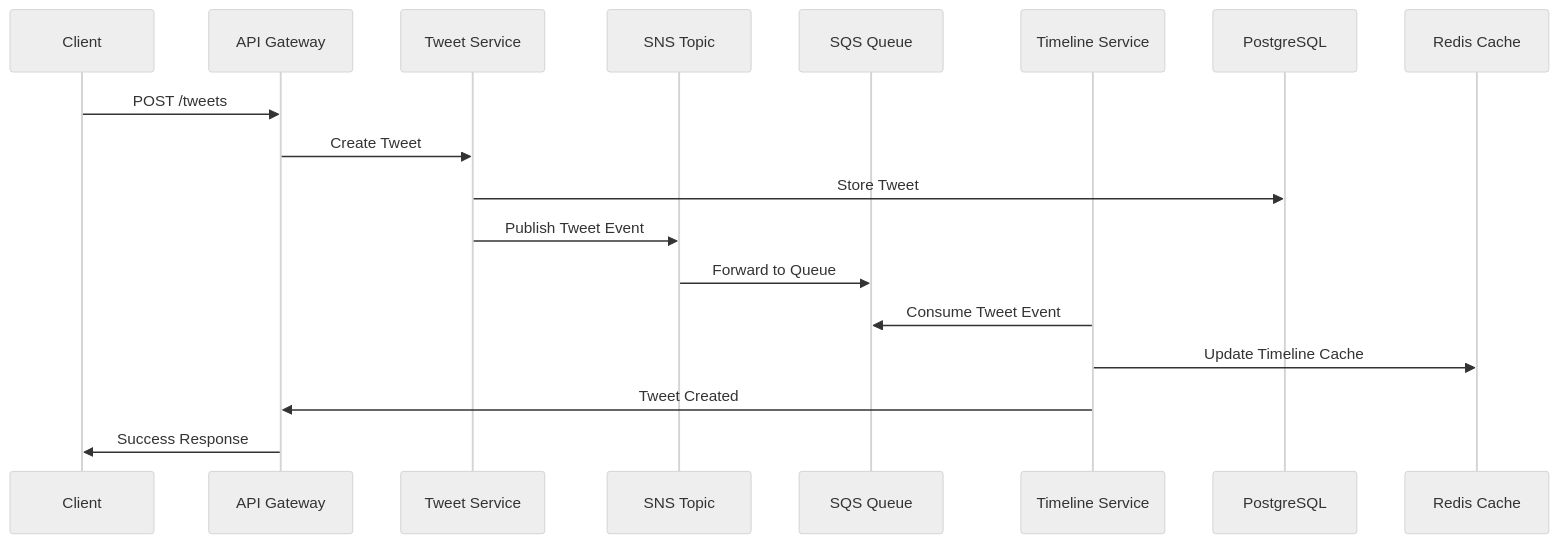
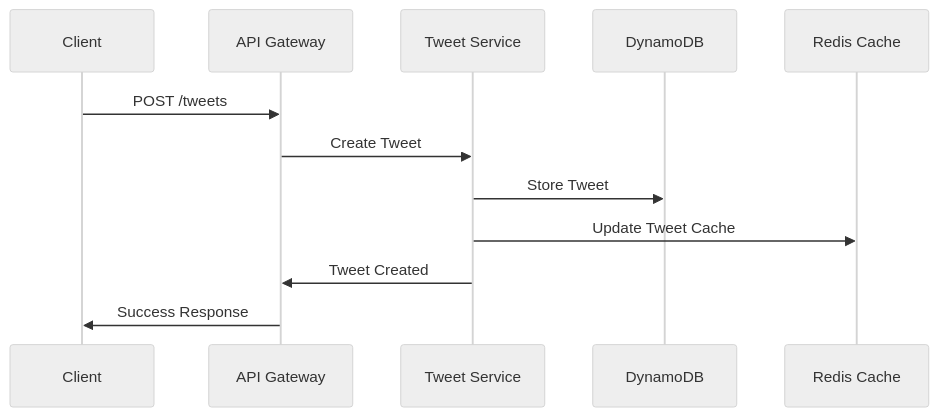
The second of 6 diagrams in architecture.md (lisandropascuali/twitter-app), drawn with Mermaid (neutral theme) before and after one commit. The commit also changed other lines of this file and 1 other file, not shown here.

Commit message:
feat: change in architecture: fanout on read strategy instead of fanout on write

````diff
--- a/architecture.md
+++ b/architecture.md
@@ -72,21 +72,15 @@
 ```mermaid
 sequenceDiagram
     participant C as Client
     participant AG as API Gateway
     participant TS as Tweet Service
-    participant SNS as SNS Topic
-    participant SQS as SQS Queue
-    participant TLS as Timeline Service
-    participant RDS as PostgreSQL
+    participant DDB as DynamoDB
     participant R as Redis Cache
 
     C->>AG: POST /tweets
     AG->>TS: Create Tweet
-    TS->>RDS: Store Tweet
-    TS->>SNS: Publish Tweet Event
-    SNS->>SQS: Forward to Queue
-    TLS->>SQS: Consume Tweet Event
-    TLS->>R: Update Timeline Cache
-    TLS->>AG: Tweet Created
+    TS->>DDB: Store Tweet
+    TS->>R: Update Tweet Cache
+    TS->>AG: Tweet Created
     AG->>C: Success Response
 ```
````
